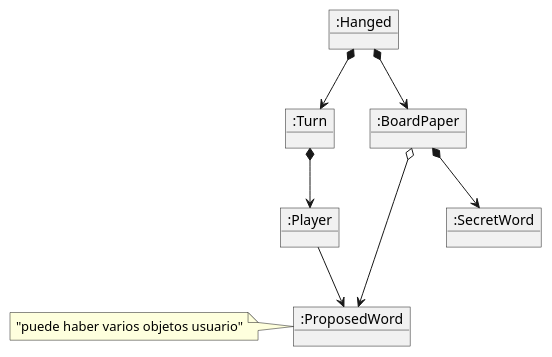
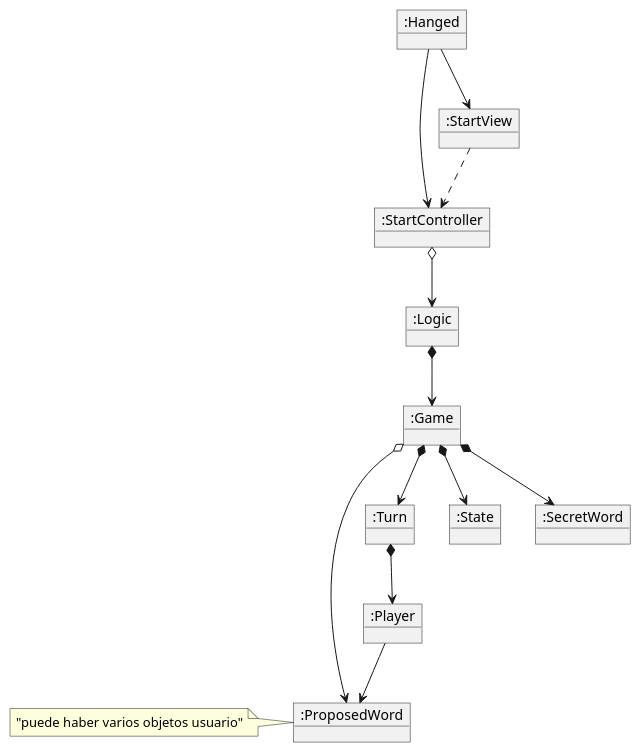
Before and after one commit to jumpering/Hanged: the diagram in requirements/puml/InitalState.puml, drawn with PlantUML. The commit also changed 2 other files, not shown here.

```diff
--- a/requirements/puml/InitalState.puml
+++ b/requirements/puml/InitalState.puml
@@ -1,19 +1,28 @@
 @startuml
 Object ":Hanged" as Hanged
 Object ":Turn" as Turn
+Object ":StartController" as StartController
+Object ":Logic" as Logic
+Object ":Game" as Game
+Object ":State" as State
 Object ":Player" as Player
-Object ":BoardPaper" as BoardPaper
+Object ":StartView" as StartView
 Object ":SecretWord" as SecretWord
 Object ":ProposedWord" as ProposedWord
 
 
 
-Hanged *--> Turn
+Hanged --> StartView
+Hanged --> StartController
+StartView ..> StartController
+StartController o--> Logic
+Logic *--> Game
+Game *--> Turn
+Game *--> State
+Game *--> SecretWord
 Turn *--> Player
 note left: "puede haber varios objetos usuario"
 Player --> ProposedWord
-Hanged *--> BoardPaper
-BoardPaper *--> SecretWord
-BoardPaper o--> ProposedWord
+Game o--> ProposedWord
 
 @enduml
```
